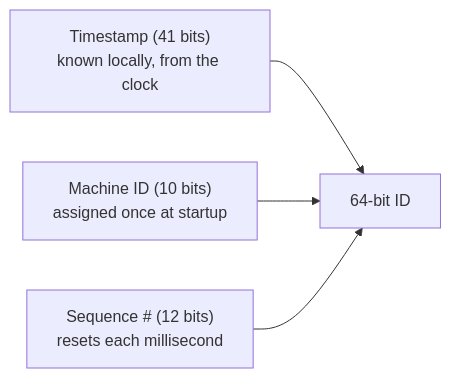
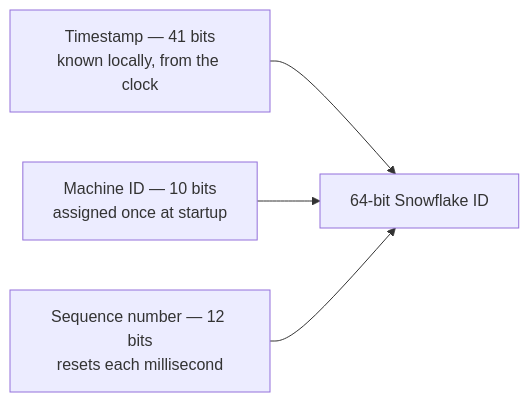
The fifth of 13 diagrams in system-design/HLD/0-course/34-Design a URL Shortening Service - TinyURL-FAANG-Guide-story.md (riyaz-pasha/Learnings), drawn with Mermaid before and after one commit. The commit also changed other lines of this file and 5 other files, not shown here.

Commit message:
[REWRITE] Design Newsfeed story guide: simplify prose, add structure, fix diagrams

````diff
--- a/system-design/HLD/0-course/34-Design a URL Shortening Service - TinyURL-FAANG-Guide-story.md
+++ b/system-design/HLD/0-course/34-Design a URL Shortening Service - TinyURL-FAANG-Guide-story.md
@@ -117,6 +237,6 @@
 ```mermaid
 flowchart LR
-    T["Timestamp (41 bits)\nknown locally, from the clock"] --> ID["64-bit ID"]
-    M["Machine ID (10 bits)\nassigned once at startup"] --> ID
-    S["Sequence # (12 bits)\nresets each millisecond"] --> ID
+    T["Timestamp — 41 bits<br/>known locally, from the clock"] --> ID["64-bit Snowflake ID"]
+    M["Machine ID — 10 bits<br/>assigned once at startup"] --> ID
+    S["Sequence number — 12 bits<br/>resets each millisecond"] --> ID
 ```
````
